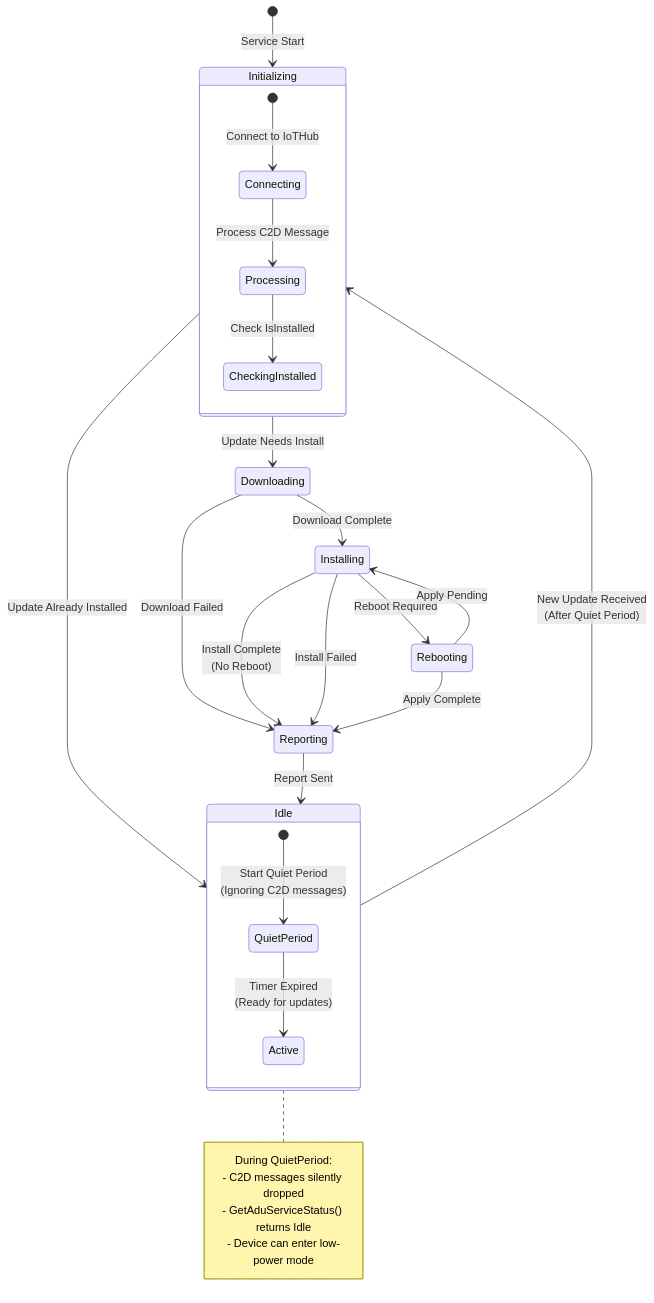
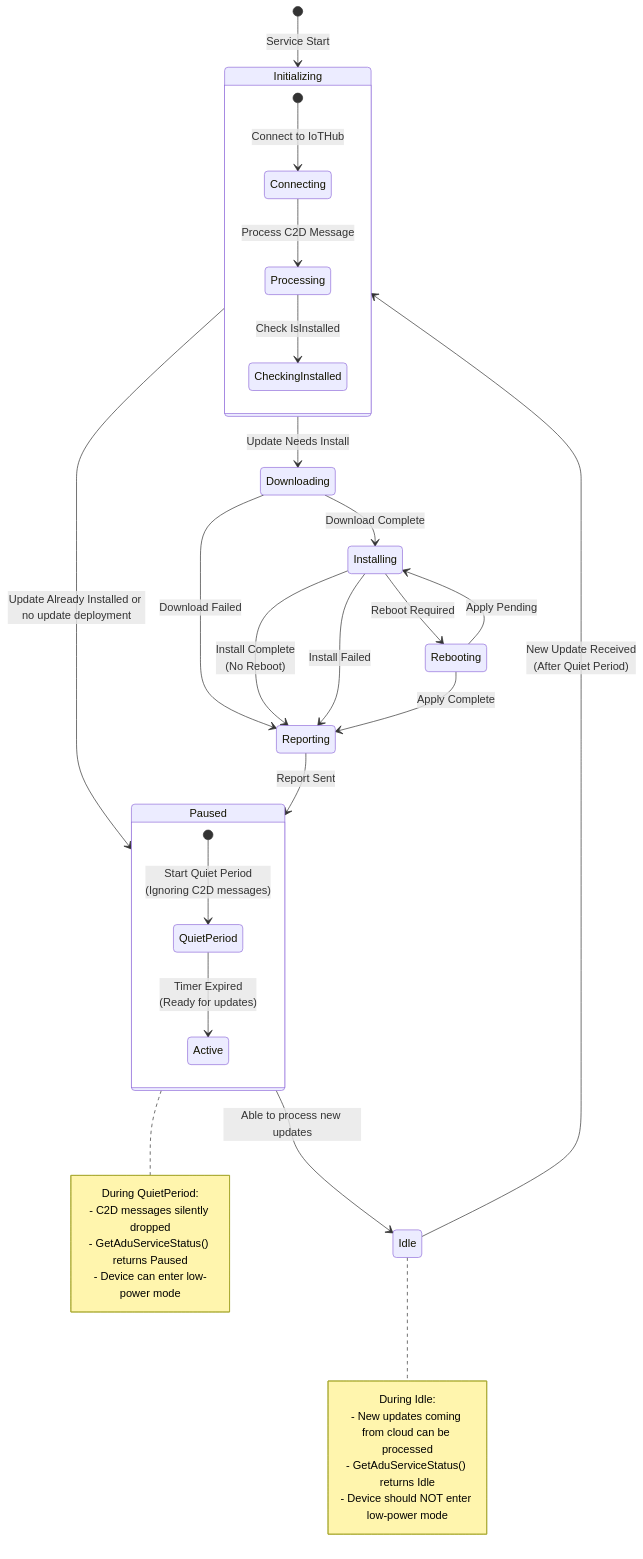
Before and after one commit to Azure/iot-hub-device-update: the fourth of 4 diagrams in docs/agent-reference/GetAduServiceStatus.md, drawn with Mermaid. The commit also changed other lines of this file, not shown here.

Commit message:
update diagrams to include Paused state

````diff
--- a/docs/agent-reference/GetAduServiceStatus.md
+++ b/docs/agent-reference/GetAduServiceStatus.md
@@ -280,41 +280,50 @@
 ```mermaid
 
 stateDiagram-v2
     [*] --> Initializing: Service Start
     
     state Initializing {
         [*] --> Connecting: Connect to IoTHub
         Connecting --> Processing: Process C2D Message
         Processing --> CheckingInstalled: Check IsInstalled
     }
     
-    state Idle {
+    state Paused {
         [*] --> QuietPeriod: Start Quiet Period<br/>(Ignoring C2D messages)
         QuietPeriod --> Active: Timer Expired<br/>(Ready for updates)
     }
-    
-    Initializing --> Idle: Update Already Installed
+
+    Initializing --> Paused: Update Already Installed or no update deployment
     Initializing --> Downloading: Update Needs Install
     
     Downloading --> Installing: Download Complete
     Downloading --> Reporting: Download Failed
     
     Installing --> Rebooting: Reboot Required
     Installing --> Reporting: Install Complete<br/>(No Reboot)
     Installing --> Reporting: Install Failed
     
     Rebooting --> Installing: Apply Pending
     Rebooting --> Reporting: Apply Complete
     
-    Reporting --> Idle: Report Sent
+    Reporting --> Paused: Report Sent
+
     
     Idle --> Initializing: New Update Received<br/>(After Quiet Period)
+    Paused --> Idle: Able to process new updates
     
-    note right of Idle
+    note right of Paused
         During QuietPeriod:
         - C2D messages silently dropped
-        - GetAduServiceStatus() returns Idle
+        - GetAduServiceStatus() returns Paused
         - Device can enter low-power mode
     end note
 
+    note right of Idle
+        During Idle:
+        - New updates coming from cloud can be processed
+        - GetAduServiceStatus() returns Idle
+        - Device should NOT enter low-power mode
+    end note
+
 ```
````
